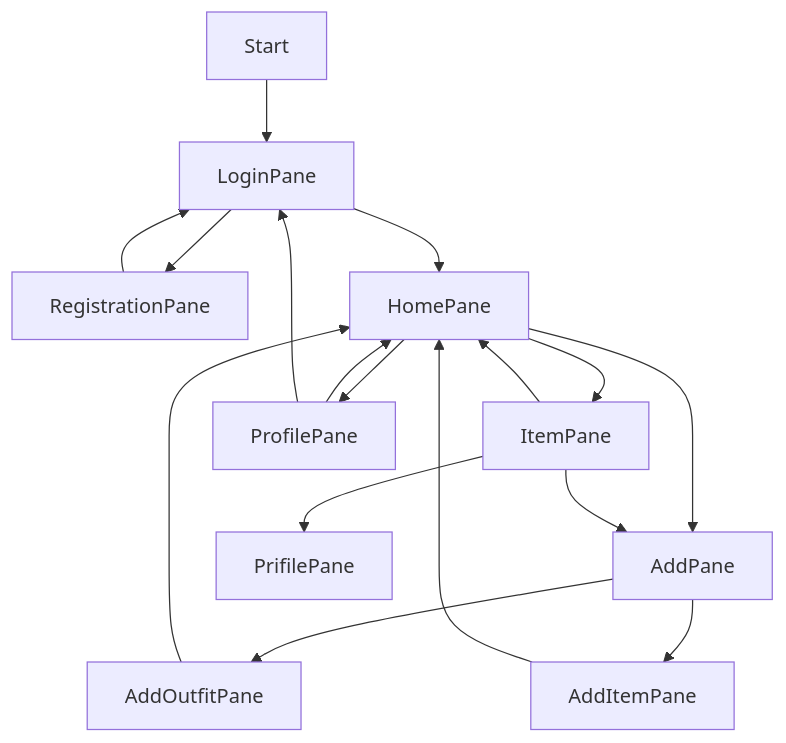
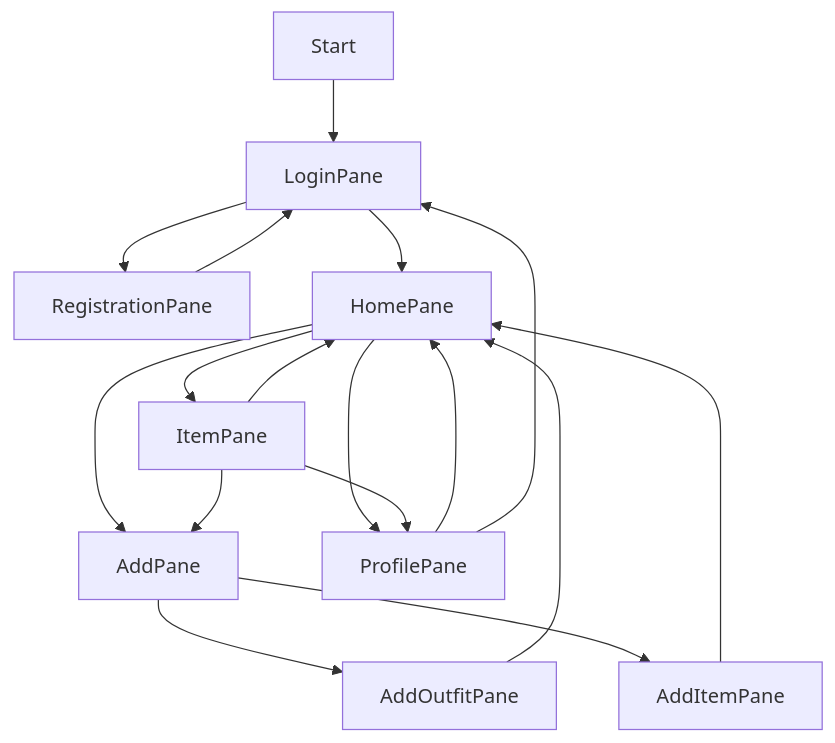
The first of 4 diagrams in README.md (Programming-Project-2021-22/course-project-irenejosephine), drawn with Mermaid before and after one commit.

````diff
--- a/README.md
+++ b/README.md
@@ -44,20 +44,20 @@
 ```mermaid
 graph TD;
   Start-->LoginPane;
   LoginPane-->RegistrationPane;
   RegistrationPane-->LoginPane;
   LoginPane-->HomePane;
   HomePane-->ItemPane;
   HomePane-->AddPane;
   AddPane-->AddOutfitPane;
   AddOutfitPane-->HomePane;
   AddPane-->AddItemPane;
   AddItemPane-->HomePane;
   HomePane-->ProfilePane;
   ProfilePane-->HomePane;
   ProfilePane-->LoginPane;
   ItemPane-->AddPane;
   ItemPane-->HomePane;
-  ItemPane-->PrifilePane;
+  ItemPane-->ProfilePane;
   
 ```
````
